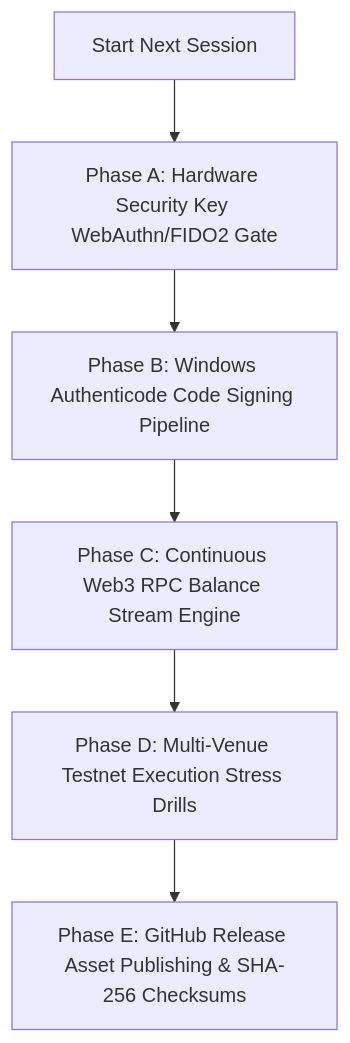
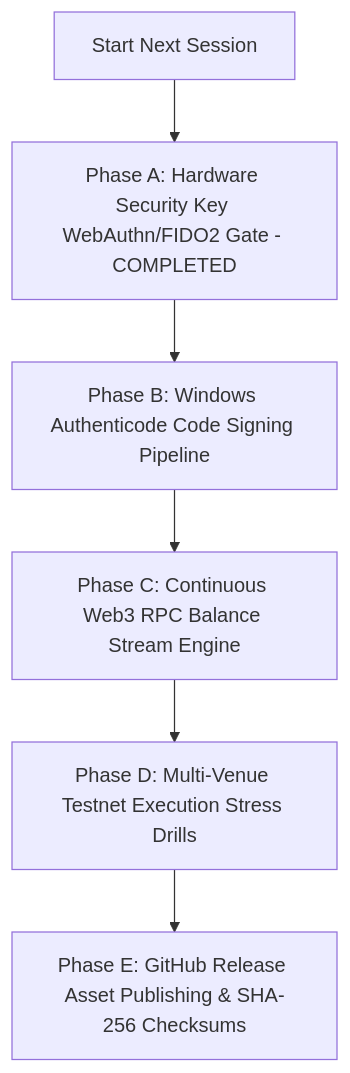
The diagram in Users/azims/CBT/docs/NEXT_SESSION_ROADMAP.md (cloudshome/CBT), drawn with Mermaid before and after one commit. The commit also changed other lines of this file and 48 other files, not shown here.

````diff
--- a/Users/azims/CBT/docs/NEXT_SESSION_ROADMAP.md
+++ b/Users/azims/CBT/docs/NEXT_SESSION_ROADMAP.md
@@ -42,8 +42,8 @@
 ```mermaid
 graph TD
-    A[Start Next Session] --> B[Phase A: Hardware Security Key WebAuthn/FIDO2 Gate]
+    A[Start Next Session] --> B[Phase A: Hardware Security Key WebAuthn/FIDO2 Gate - COMPLETED]
     B --> C[Phase B: Windows Authenticode Code Signing Pipeline]
     C --> D[Phase C: Continuous Web3 RPC Balance Stream Engine]
     D --> E[Phase D: Multi-Venue Testnet Execution Stress Drills]
     E --> F[Phase E: GitHub Release Asset Publishing & SHA-256 Checksums]
 ```
````
